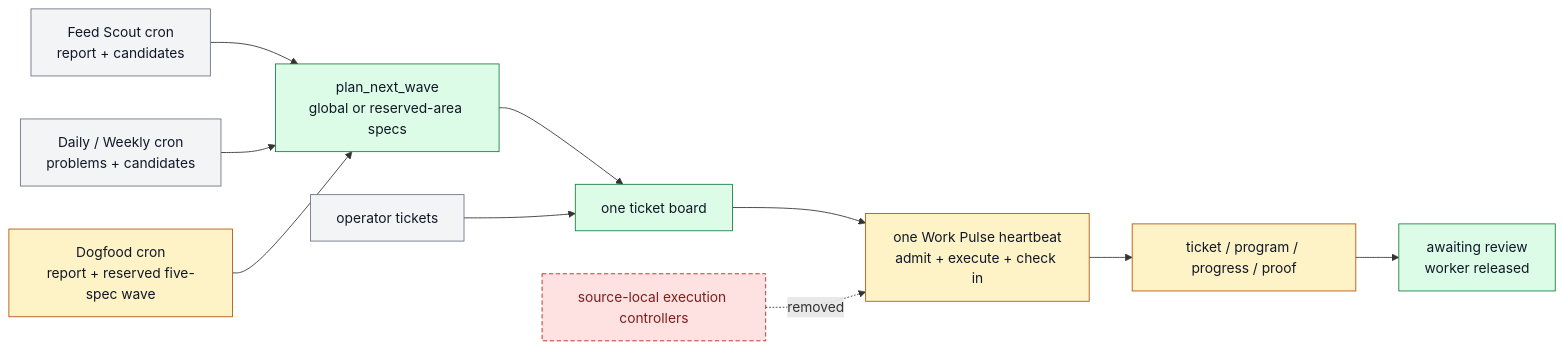
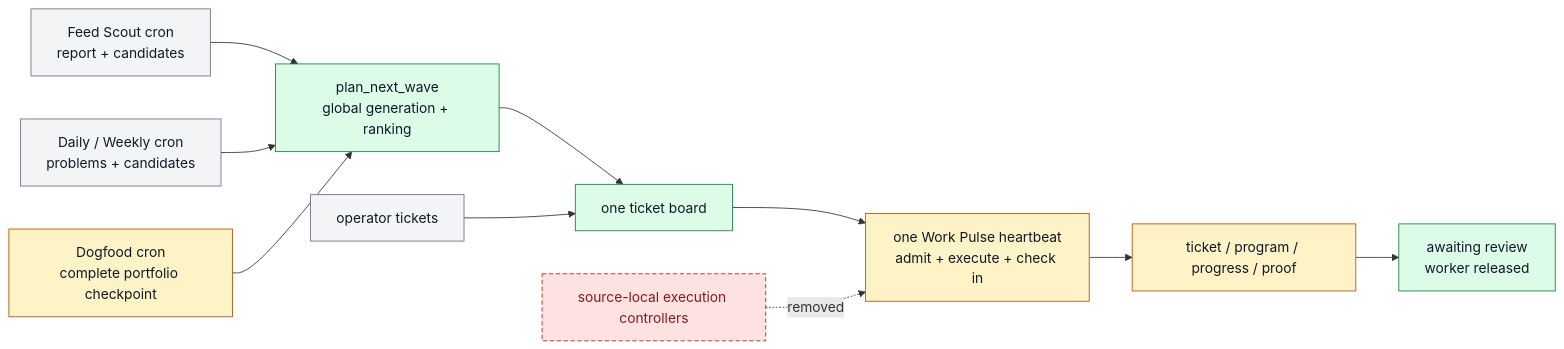
One commit to ZanarkandTechnologies/Farplane changed the diagram in docs/farplane-framework/pulse-and-interval-loop.md. Above: the diagram before and after it, drawn with Mermaid. The commit also changed other lines of this file and 98 other files, not shown here.

````diff
--- a/docs/farplane-framework/pulse-and-interval-loop.md
+++ b/docs/farplane-framework/pulse-and-interval-loop.md
@@ -88,26 +83,26 @@
 ```mermaid
 flowchart LR
   classDef keep fill:#f3f4f6,stroke:#6b7280,color:#111827
   classDef changed fill:#fef3c7,stroke:#b45309,color:#111827
   classDef added fill:#dcfce7,stroke:#15803d,color:#111827
   classDef retired fill:#fee2e2,stroke:#b91c1c,color:#7f1d1d,stroke-dasharray: 5 3
 
-  planner["plan_next_wave<br/>global or reserved-area specs"]:::added
+  planner["plan_next_wave<br/>global generation + ranking"]:::added
   feed["Feed Scout cron<br/>report + candidates"]:::keep
   interval["Daily / Weekly cron<br/>problems + candidates"]:::keep
-  dogfood["Dogfood cron<br/>report + reserved five-spec wave"]:::changed
+  dogfood["Dogfood cron<br/>complete portfolio checkpoint"]:::changed
   operator["operator tickets"]:::keep
   board["one ticket board"]:::added
   pulse["one Work Pulse heartbeat<br/>admit + execute + check in"]:::changed
   worker["ticket / program / progress / proof"]:::changed
   review["awaiting review<br/>worker released"]:::added
   controllers["source-local execution controllers"]:::retired
 
   feed --> planner
   interval --> planner
   dogfood --> planner
   planner --> board
   operator --> board
   board --> pulse --> worker --> review
   controllers -. removed .-> pulse
 ```
````
